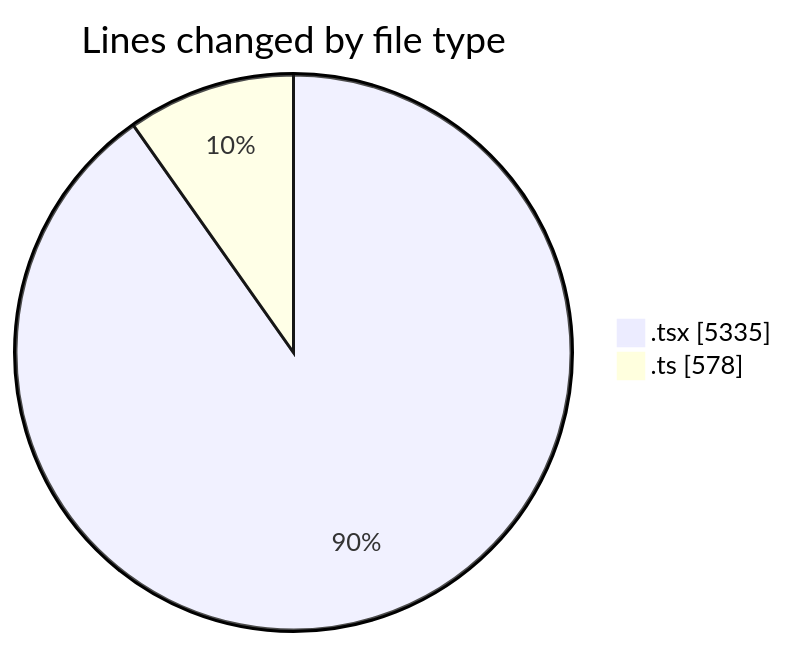
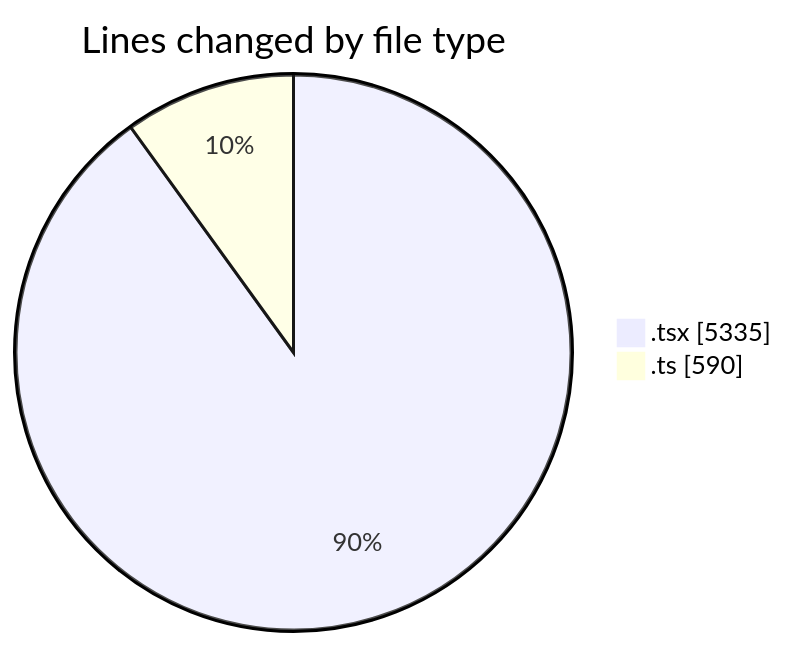
One commit to nxtqubesakshisongat/code-tracking changed the first of 2 diagrams in 2026-03-15/nxtqube_webapp/README.md. Above: the diagram before and after it, drawn with Mermaid. The commit also changed other lines of this file and 1 other file, not shown here.

````diff
--- a/2026-03-15/nxtqube_webapp/README.md
+++ b/2026-03-15/nxtqube_webapp/README.md
@@ -32,6 +32,6 @@
 ```mermaid
 pie showData
 title Lines changed by file type
 ".tsx" : 5335
-".ts" : 578
+".ts" : 590
 ```
````
